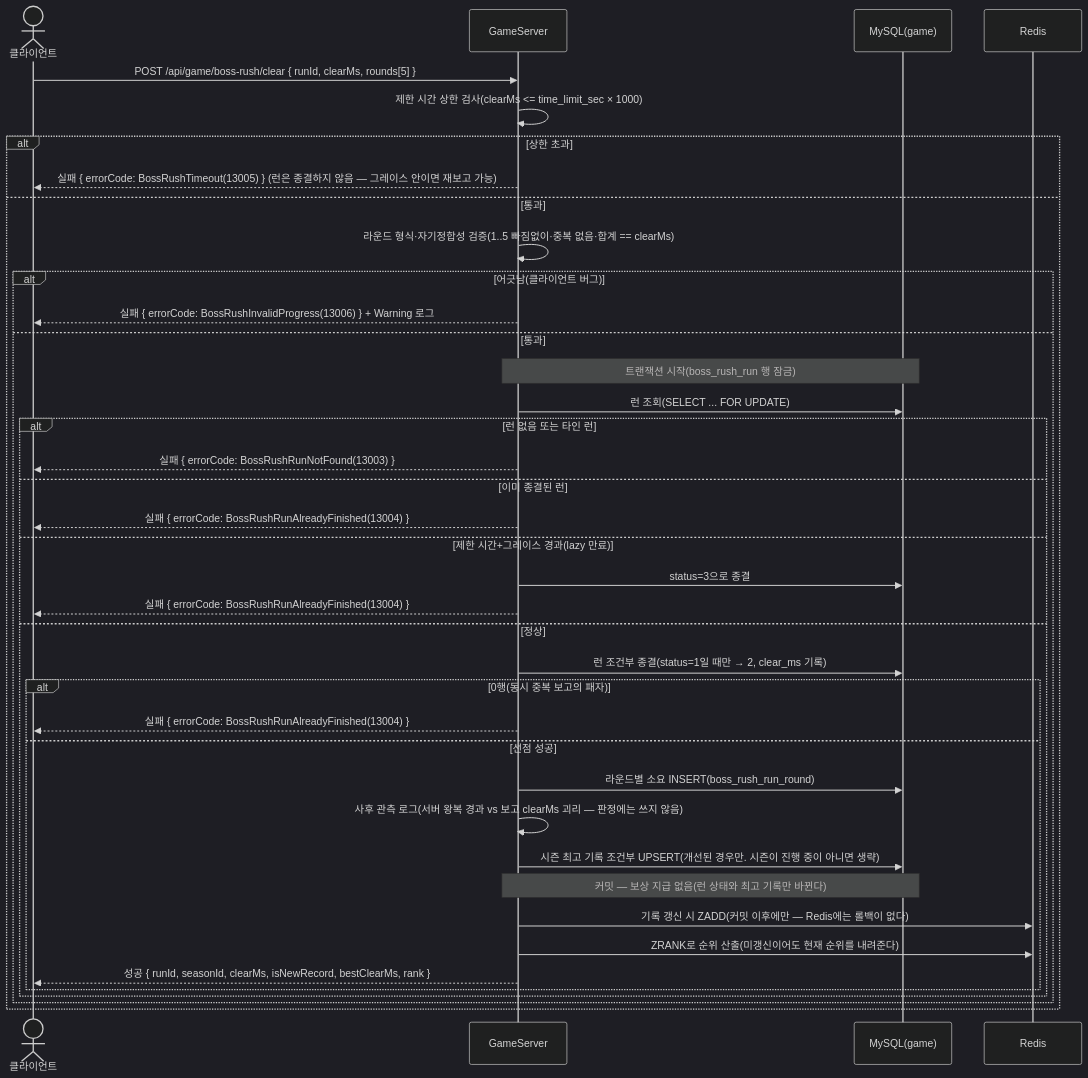
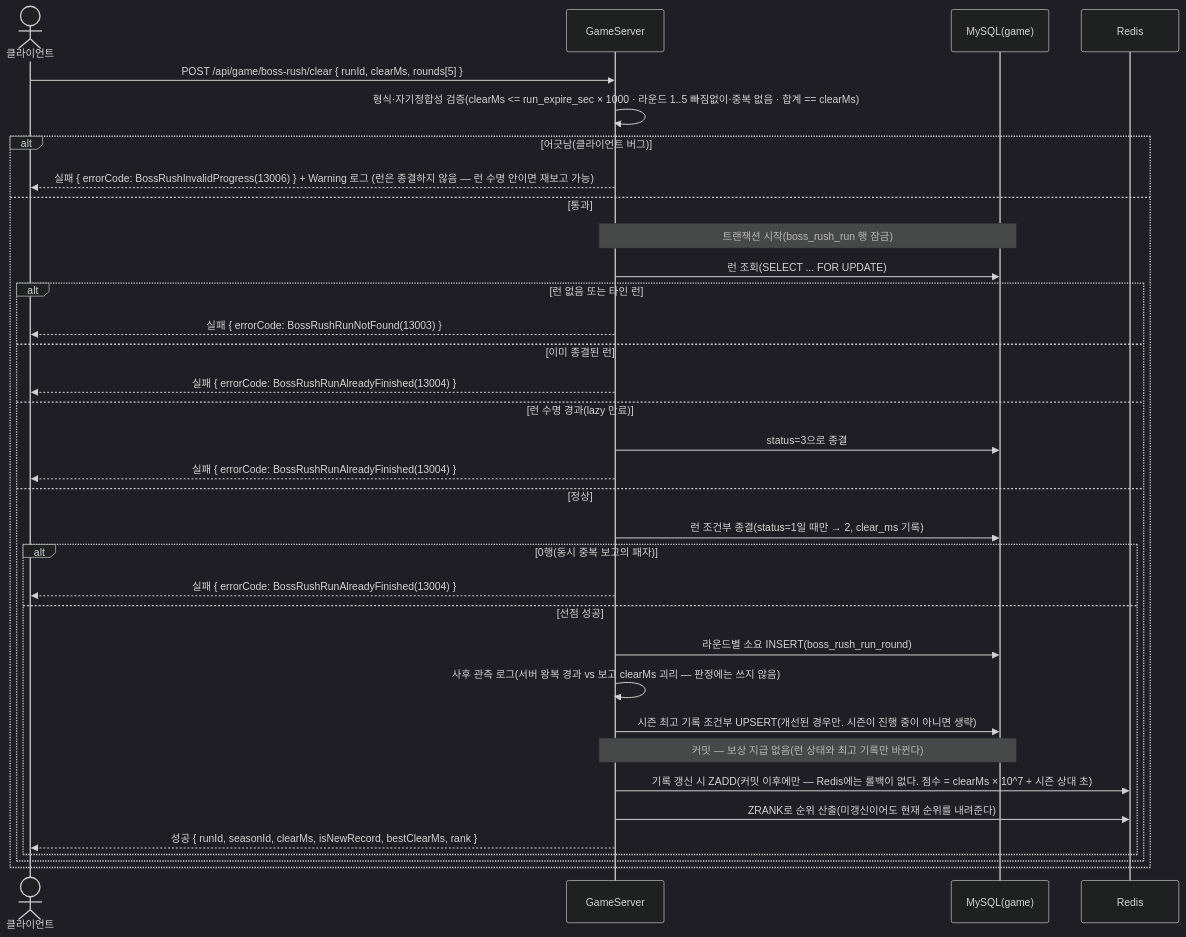
Diagram 43 of 46 in SequenceDiagram/README.md (ks-wook/com2us-taskbar-hero), drawn with Mermaid (dark theme) before and after one commit. The commit also changed other lines of this file and 13 other files, not shown here.

````diff
--- a/SequenceDiagram/README.md
+++ b/SequenceDiagram/README.md
@@ -1406,42 +1405,37 @@
 ```mermaid
 sequenceDiagram
     actor C as 클라이언트
     participant S as GameServer
     participant DB as MySQL(game)
     participant R as Redis
 
     C->>S: POST /api/game/boss-rush/clear { runId, clearMs, rounds[5] }
-    S->>S: 제한 시간 상한 검사(clearMs <= time_limit_sec × 1000)
-    alt 상한 초과
-        S-->>C: 실패 { errorCode: BossRushTimeout(13005) } (런은 종결하지 않음 — 그레이스 안이면 재보고 가능)
+    S->>S: 형식·자기정합성 검증(clearMs <= run_expire_sec × 1000 · 라운드 1..5 빠짐없이·중복 없음 · 합계 == clearMs)
+    alt 어긋남(클라이언트 버그)
+        S-->>C: 실패 { errorCode: BossRushInvalidProgress(13006) } + Warning 로그 (런은 종결하지 않음 — 런 수명 안이면 재보고 가능)
     else 통과
-        S->>S: 라운드 형식·자기정합성 검증(1..5 빠짐없이·중복 없음·합계 == clearMs)
-        alt 어긋남(클라이언트 버그)
-            S-->>C: 실패 { errorCode: BossRushInvalidProgress(13006) } + Warning 로그
-        else 통과
-            Note over S,DB: 트랜잭션 시작(boss_rush_run 행 잠금)
-            S->>DB: 런 조회(SELECT ... FOR UPDATE)
-            alt 런 없음 또는 타인 런
-                S-->>C: 실패 { errorCode: BossRushRunNotFound(13003) }
-            else 이미 종결된 런
+        Note over S,DB: 트랜잭션 시작(boss_rush_run 행 잠금)
+        S->>DB: 런 조회(SELECT ... FOR UPDATE)
+        alt 런 없음 또는 타인 런
+            S-->>C: 실패 { errorCode: BossRushRunNotFound(13003) }
+        else 이미 종결된 런
+            S-->>C: 실패 { errorCode: BossRushRunAlreadyFinished(13004) }
+        else 런 수명 경과(lazy 만료)
+            S->>DB: status=3으로 종결
+            S-->>C: 실패 { errorCode: BossRushRunAlreadyFinished(13004) }
+        else 정상
+            S->>DB: 런 조건부 종결(status=1일 때만 → 2, clear_ms 기록)
+            alt 0행(동시 중복 보고의 패자)
                 S-->>C: 실패 { errorCode: BossRushRunAlreadyFinished(13004) }
-            else 제한 시간+그레이스 경과(lazy 만료)
-                S->>DB: status=3으로 종결
-                S-->>C: 실패 { errorCode: BossRushRunAlreadyFinished(13004) }
-            else 정상
-                S->>DB: 런 조건부 종결(status=1일 때만 → 2, clear_ms 기록)
-                alt 0행(동시 중복 보고의 패자)
-                    S-->>C: 실패 { errorCode: BossRushRunAlreadyFinished(13004) }
-                else 선점 성공
-                    S->>DB: 라운드별 소요 INSERT(boss_rush_run_round)
-                    S->>S: 사후 관측 로그(서버 왕복 경과 vs 보고 clearMs 괴리 — 판정에는 쓰지 않음)
-                    S->>DB: 시즌 최고 기록 조건부 UPSERT(개선된 경우만. 시즌이 진행 중이 아니면 생략)
-                    Note over S,DB: 커밋 — 보상 지급 없음(런 상태와 최고 기록만 바뀐다)
-                    S->>R: 기록 갱신 시 ZADD(커밋 이후에만 — Redis에는 롤백이 없다)
-                    S->>R: ZRANK로 순위 산출(미갱신이어도 현재 순위를 내려준다)
-                    S-->>C: 성공 { runId, seasonId, clearMs, isNewRecord, bestClearMs, rank }
-                end
+            else 선점 성공
+                S->>DB: 라운드별 소요 INSERT(boss_rush_run_round)
+                S->>S: 사후 관측 로그(서버 왕복 경과 vs 보고 clearMs 괴리 — 판정에는 쓰지 않음)
+                S->>DB: 시즌 최고 기록 조건부 UPSERT(개선된 경우만. 시즌이 진행 중이 아니면 생략)
+                Note over S,DB: 커밋 — 보상 지급 없음(런 상태와 최고 기록만 바뀐다)
+                S->>R: 기록 갱신 시 ZADD(커밋 이후에만 — Redis에는 롤백이 없다. 점수 = clearMs × 10^7 + 시즌 상대 초)
+                S->>R: ZRANK로 순위 산출(미갱신이어도 현재 순위를 내려준다)
+                S-->>C: 성공 { runId, seasonId, clearMs, isNewRecord, bestClearMs, rank }
             end
         end
     end
 ```
````
